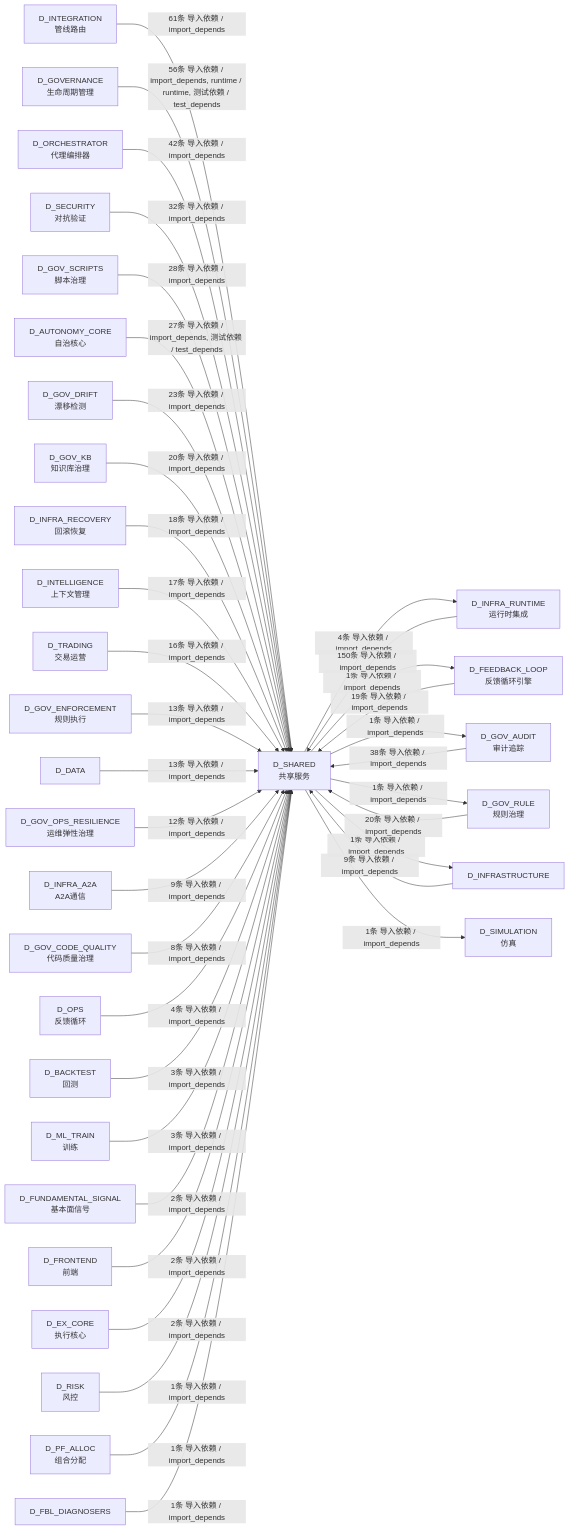
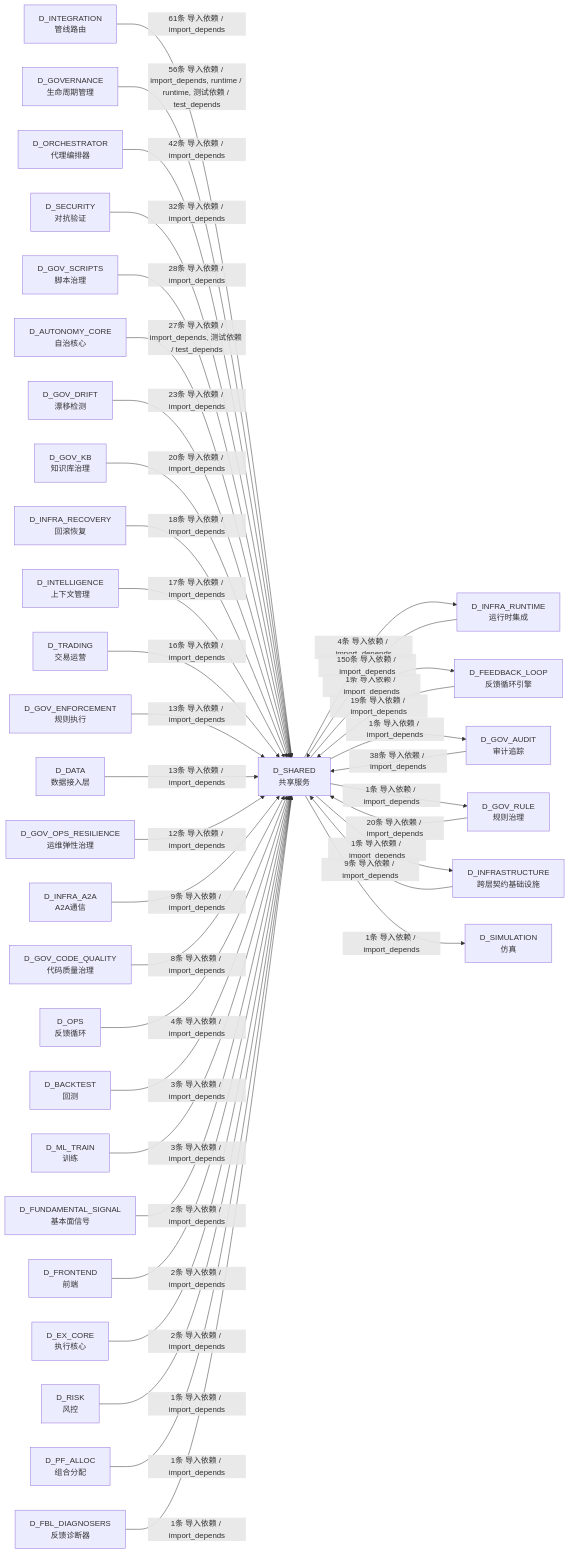
One commit to xuanFelixVan/ZephyrAlpha changed the tenth of 10 diagrams in docs/02_enterprise_architecture/02_domain_architecture_docs/26_d_shared.md. Above: the diagram before and after it, drawn with Mermaid. The commit also changed other lines of this file and 125 other files, not shown here.

````diff
--- a/docs/02_enterprise_architecture/02_domain_architecture_docs/26_d_shared.md
+++ b/docs/02_enterprise_architecture/02_domain_architecture_docs/26_d_shared.md
@@ -1735,71 +1738,71 @@
 ```mermaid
 graph LR
     D_SHARED["D_SHARED<br/>共享服务"]
     D_INFRA_RUNTIME["D_INFRA_RUNTIME<br/>运行时集成"]
     D_FEEDBACK_LOOP["D_FEEDBACK_LOOP<br/>反馈循环引擎"]
     D_GOV_AUDIT["D_GOV_AUDIT<br/>审计追踪"]
     D_GOV_RULE["D_GOV_RULE<br/>规则治理"]
-    D_INFRASTRUCTURE["D_INFRASTRUCTURE"]
+    D_INFRASTRUCTURE["D_INFRASTRUCTURE<br/>跨层契约基础设施"]
     D_SIMULATION["D_SIMULATION<br/>仿真"]
     D_INTEGRATION["D_INTEGRATION<br/>管线路由"]
     D_GOVERNANCE["D_GOVERNANCE<br/>生命周期管理"]
     D_ORCHESTRATOR["D_ORCHESTRATOR<br/>代理编排器"]
     D_SECURITY["D_SECURITY<br/>对抗验证"]
     D_GOV_SCRIPTS["D_GOV_SCRIPTS<br/>脚本治理"]
     D_AUTONOMY_CORE["D_AUTONOMY_CORE<br/>自治核心"]
     D_GOV_DRIFT["D_GOV_DRIFT<br/>漂移检测"]
     D_GOV_KB["D_GOV_KB<br/>知识库治理"]
     D_INFRA_RECOVERY["D_INFRA_RECOVERY<br/>回滚恢复"]
     D_INTELLIGENCE["D_INTELLIGENCE<br/>上下文管理"]
     D_TRADING["D_TRADING<br/>交易运营"]
     D_GOV_ENFORCEMENT["D_GOV_ENFORCEMENT<br/>规则执行"]
-    D_DATA["D_DATA"]
+    D_DATA["D_DATA<br/>数据接入层"]
     D_GOV_OPS_RESILIENCE["D_GOV_OPS_RESILIENCE<br/>运维弹性治理"]
     D_INFRA_A2A["D_INFRA_A2A<br/>A2A通信"]
     D_GOV_CODE_QUALITY["D_GOV_CODE_QUALITY<br/>代码质量治理"]
     D_OPS["D_OPS<br/>反馈循环"]
     D_BACKTEST["D_BACKTEST<br/>回测"]
     D_ML_TRAIN["D_ML_TRAIN<br/>训练"]
     D_FUNDAMENTAL_SIGNAL["D_FUNDAMENTAL_SIGNAL<br/>基本面信号"]
     D_FRONTEND["D_FRONTEND<br/>前端"]
     D_EX_CORE["D_EX_CORE<br/>执行核心"]
     D_RISK["D_RISK<br/>风控"]
     D_PF_ALLOC["D_PF_ALLOC<br/>组合分配"]
-    D_FBL_DIAGNOSERS["D_FBL_DIAGNOSERS"]
+    D_FBL_DIAGNOSERS["D_FBL_DIAGNOSERS<br/>反馈诊断器"]
     D_SHARED -->|4条 导入依赖 / import_depends| D_INFRA_RUNTIME
     D_SHARED -->|1条 导入依赖 / import_depends| D_FEEDBACK_LOOP
     D_SHARED -->|1条 导入依赖 / import_depends| D_GOV_AUDIT
     D_SHARED -->|1条 导入依赖 / import_depends| D_GOV_RULE
     D_SHARED -->|1条 导入依赖 / import_depends| D_INFRASTRUCTURE
     D_SHARED -->|1条 导入依赖 / import_depends| D_SIMULATION
     D_INFRA_RUNTIME -->|150条 导入依赖 / import_depends| D_SHARED
     D_INTEGRATION -->|61条 导入依赖 / import_depends| D_SHARED
     D_GOVERNANCE -->|56条 导入依赖 / import_depends, runtime / runtime, 测试依赖 / test_depends| D_SHARED
     D_ORCHESTRATOR -->|42条 导入依赖 / import_depends| D_SHARED
     D_GOV_AUDIT -->|38条 导入依赖 / import_depends| D_SHARED
     D_SECURITY -->|32条 导入依赖 / import_depends| D_SHARED
     D_GOV_SCRIPTS -->|28条 导入依赖 / import_depends| D_SHARED
     D_AUTONOMY_CORE -->|27条 导入依赖 / import_depends, 测试依赖 / test_depends| D_SHARED
     D_GOV_DRIFT -->|23条 导入依赖 / import_depends| D_SHARED
     D_GOV_RULE -->|20条 导入依赖 / import_depends| D_SHARED
     D_GOV_KB -->|20条 导入依赖 / import_depends| D_SHARED
     D_FEEDBACK_LOOP -->|19条 导入依赖 / import_depends| D_SHARED
     D_INFRA_RECOVERY -->|18条 导入依赖 / import_depends| D_SHARED
     D_INTELLIGENCE -->|17条 导入依赖 / import_depends| D_SHARED
     D_TRADING -->|16条 导入依赖 / import_depends| D_SHARED
     D_GOV_ENFORCEMENT -->|13条 导入依赖 / import_depends| D_SHARED
     D_DATA -->|13条 导入依赖 / import_depends| D_SHARED
     D_GOV_OPS_RESILIENCE -->|12条 导入依赖 / import_depends| D_SHARED
     D_INFRASTRUCTURE -->|9条 导入依赖 / import_depends| D_SHARED
     D_INFRA_A2A -->|9条 导入依赖 / import_depends| D_SHARED
     D_GOV_CODE_QUALITY -->|8条 导入依赖 / import_depends| D_SHARED
     D_OPS -->|4条 导入依赖 / import_depends| D_SHARED
     D_BACKTEST -->|3条 导入依赖 / import_depends| D_SHARED
     D_ML_TRAIN -->|3条 导入依赖 / import_depends| D_SHARED
     D_FUNDAMENTAL_SIGNAL -->|2条 导入依赖 / import_depends| D_SHARED
     D_FRONTEND -->|2条 导入依赖 / import_depends| D_SHARED
     D_EX_CORE -->|2条 导入依赖 / import_depends| D_SHARED
     D_RISK -->|1条 导入依赖 / import_depends| D_SHARED
     D_PF_ALLOC -->|1条 导入依赖 / import_depends| D_SHARED
     D_FBL_DIAGNOSERS -->|1条 导入依赖 / import_depends| D_SHARED
 ```
````
